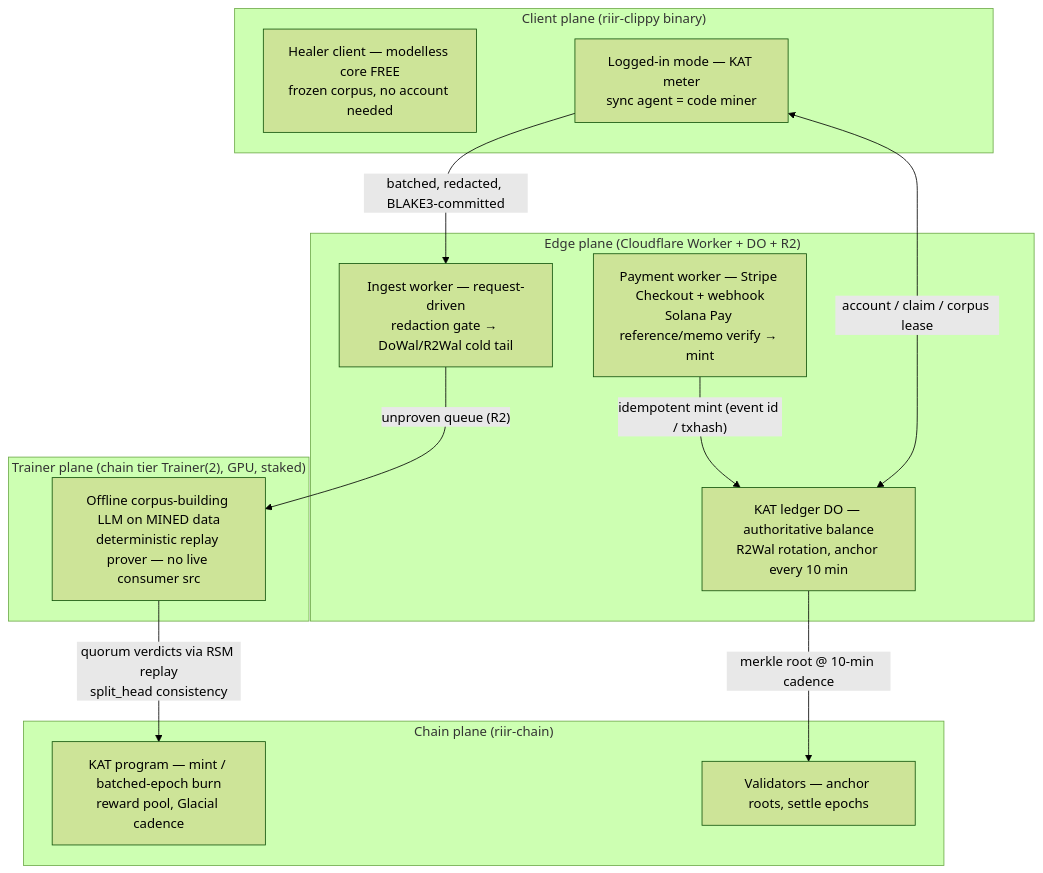
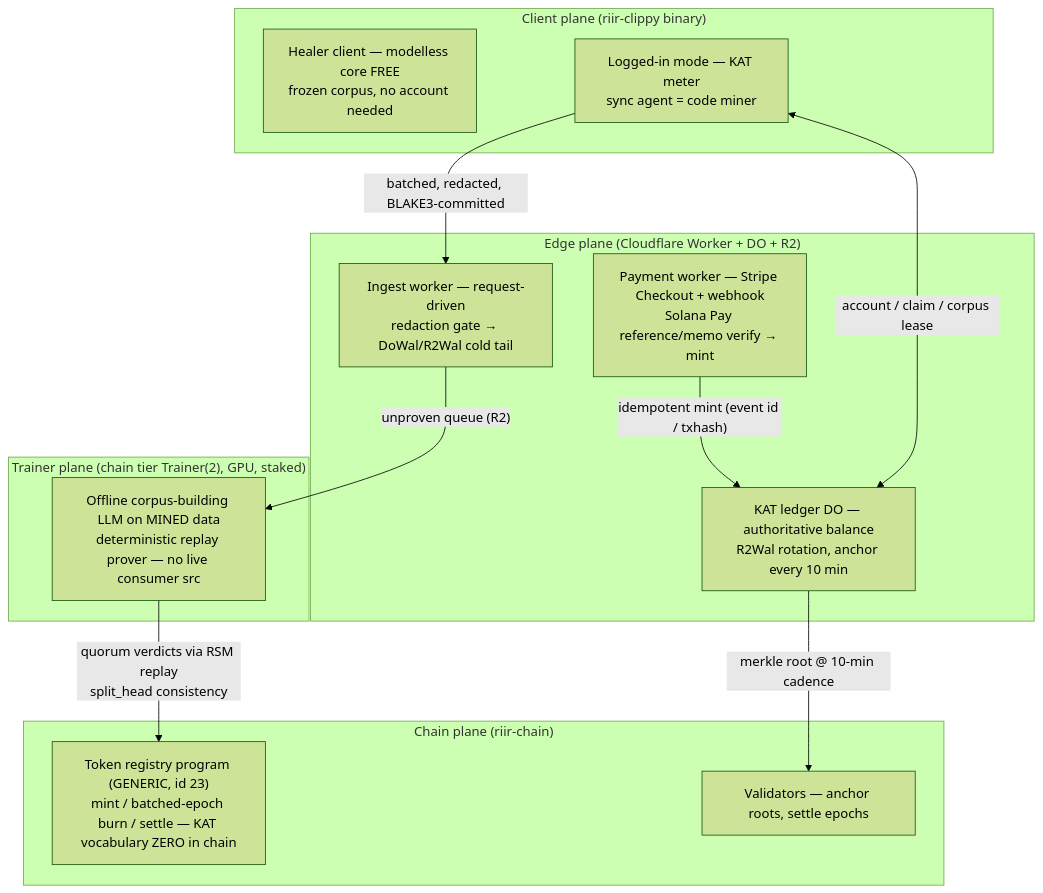
The diagram in .proposals/005_kat_heal_service_network.md (riir-ai/riir-refine), drawn with Mermaid (forest theme) before and after one commit. The commit also changed other lines of this file, not shown here.

````diff
--- a/.proposals/005_kat_heal_service_network.md
+++ b/.proposals/005_kat_heal_service_network.md
@@ -41,25 +41,25 @@
 ```mermaid
 graph TD
     subgraph "Client plane (riir-clippy binary)"
         HC["Healer client — modelless core FREE<br/>frozen corpus, no account needed"]
         HC2["Logged-in mode — KAT meter<br/>sync agent = code miner"]
     end
     subgraph "Edge plane (Cloudflare Worker + DO + R2)"
         ING["Ingest worker — request-driven<br/>redaction gate → DoWal/R2Wal cold tail"]
         LED["KAT ledger DO — authoritative balance<br/>R2Wal rotation, anchor every 10 min"]
         PAY["Payment worker — Stripe Checkout + webhook<br/>Solana Pay reference/memo verify → mint"]
     end
     subgraph "Trainer plane (chain tier Trainer(2), GPU, staked)"
         TR["Offline corpus-building LLM on MINED data<br/>deterministic replay prover — no live consumer src"]
     end
     subgraph "Chain plane (riir-chain)"
-        KATP["KAT program — mint / batched-epoch burn<br/>reward pool, Glacial cadence"]
+        TRG["Token registry program (GENERIC, id 23)<br/>mint / batched-epoch burn / settle — KAT vocabulary ZERO in chain"]
         VAL["Validators — anchor roots, settle epochs"]
     end
     HC2 -->|"batched, redacted, BLAKE3-committed"| ING
     ING -->|"unproven queue (R2)"| TR
-    TR -->|"quorum verdicts via RSM replay<br/>split_head consistency"| KATP
+    TR -->|"quorum verdicts via RSM replay<br/>split_head consistency"| TRG
     PAY -->|"idempotent mint (event id / txhash)"| LED
     LED -->|"merkle root @ 10-min cadence"| VAL
     HC2 <-->|"account / claim / corpus lease"| LED
 ```
````
